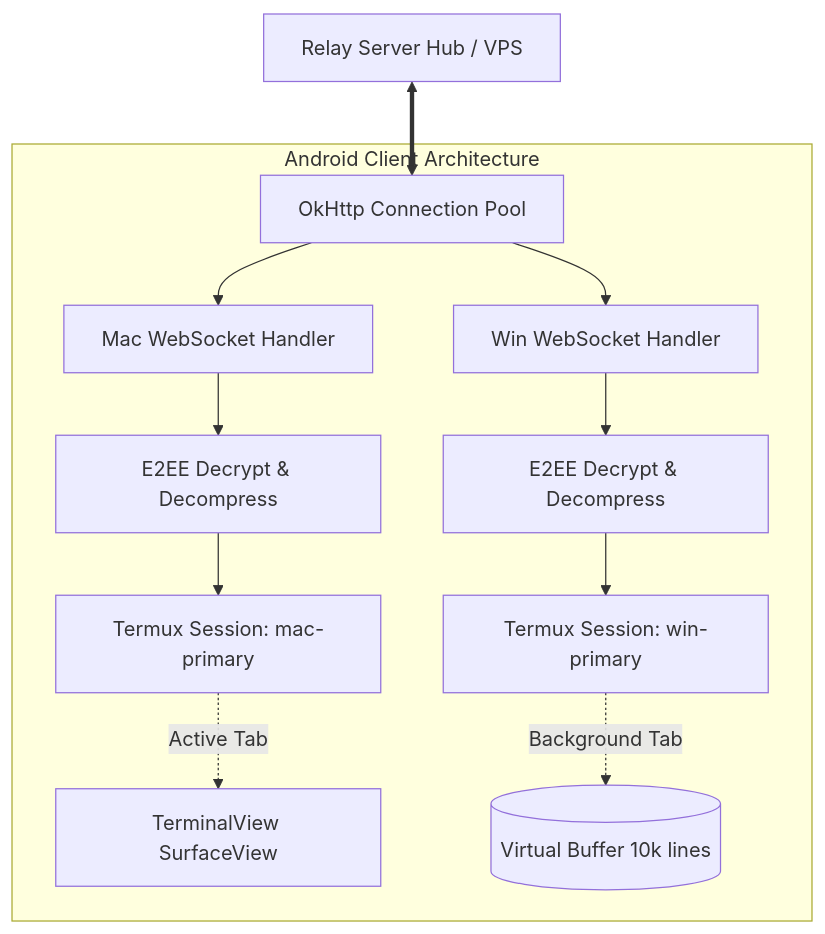
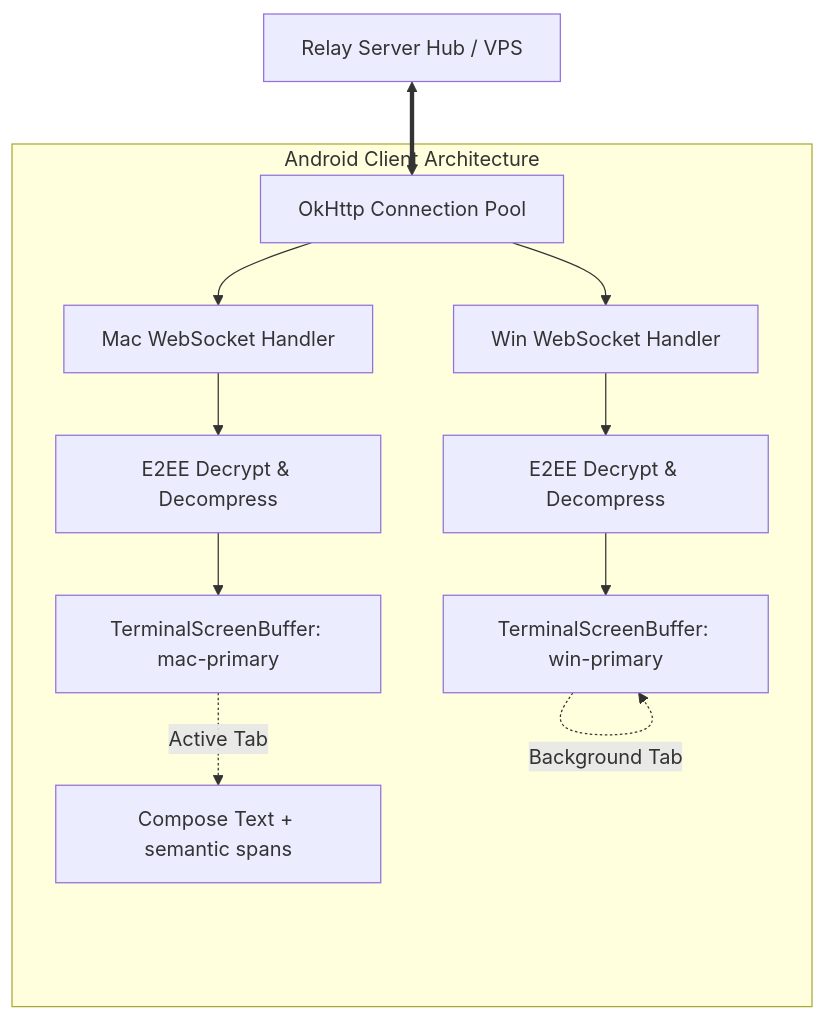
Before and after one commit to mufidhadi/terminal-mirror: the diagram in docs/ANDROID_APP_DESIGN.md, drawn with Mermaid. The commit also changed other lines of this file and 4 other files, not shown here.

Commit message:
feat(android): WS6 semantic terminal colors and design-doc correction

````diff
--- a/docs/ANDROID_APP_DESIGN.md
+++ b/docs/ANDROID_APP_DESIGN.md
@@ -131,18 +115,18 @@
 ```mermaid
 graph TD
     Relay[Relay Server Hub / VPS] <==> Net[OkHttp Connection Pool]
     
     subgraph Android App ["Android Client Architecture"]
         Net --> MacStream[Mac WebSocket Handler]
         Net --> WinStream[Win WebSocket Handler]
         
         MacStream --> MacDecrypt[E2EE Decrypt & Decompress]
         WinStream --> WinDecrypt[E2EE Decrypt & Decompress]
         
-        MacDecrypt --> MacSession[Termux Session: mac-primary]
-        WinDecrypt --> WinSession[Termux Session: win-primary]
-        
-        MacSession -. Active Tab .-> Surface[TerminalView SurfaceView]
-        WinSession -. Background Tab .-> WinBuffer[(Virtual Buffer 10k lines)]
+        MacDecrypt --> MacBuffer[TerminalScreenBuffer: mac-primary]
+        WinDecrypt --> WinBuffer[TerminalScreenBuffer: win-primary]
+
+        MacBuffer -. Active Tab .-> Viewport[Compose Text + semantic spans]
+        WinBuffer -. Background Tab .-> WinBuffer
     end
 ```
````
